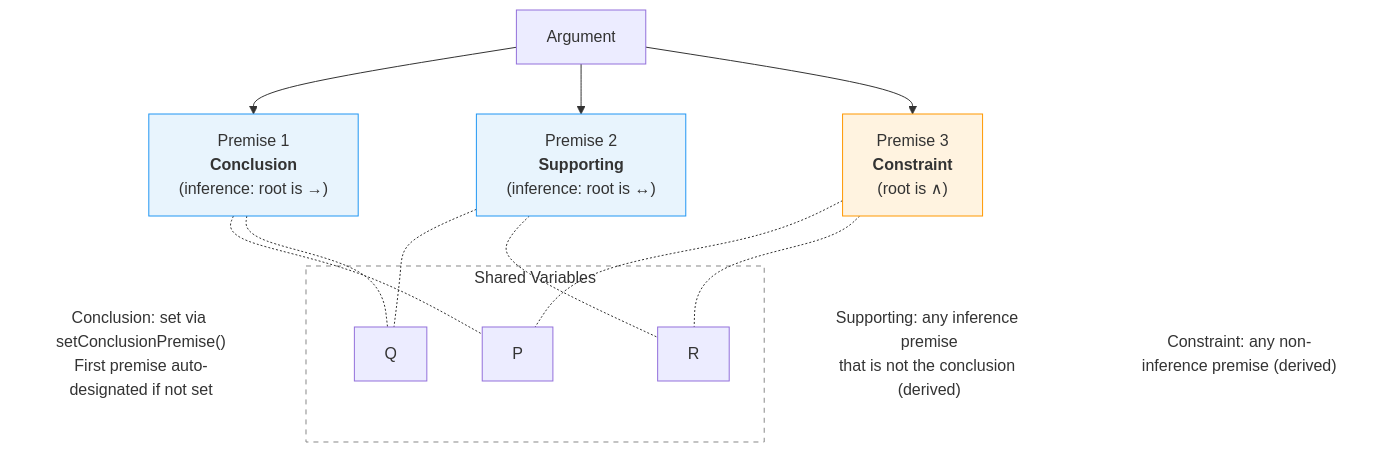
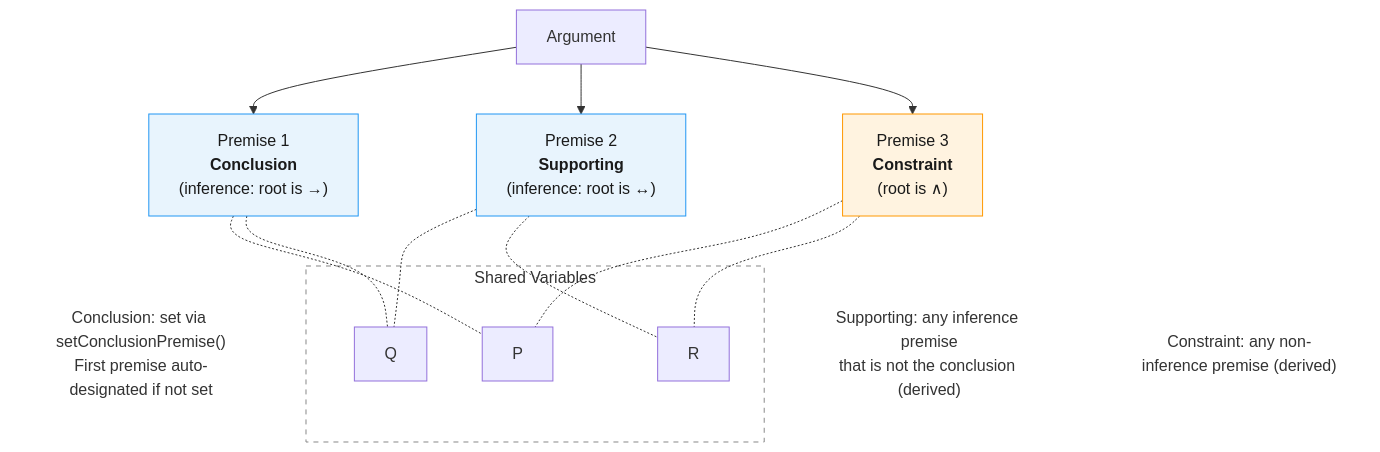
One commit to Proposit-App/proposit-core changed the third of 4 diagrams in README.md. Above: the diagram before and after it, drawn with Mermaid. The commit also changed other lines of this file, not shown here.

Commit message:
fix: add explicit text color to Mermaid flowchart nodes for dark-mode contrast

````diff
--- a/README.md
+++ b/README.md
@@ -127,37 +127,37 @@
 ```mermaid
 flowchart TD
     ARG["Argument"]
 
     ARG --> P1["Premise 1\n<b>Conclusion</b>\n(inference: root is →)"]
     ARG --> P2["Premise 2\n<b>Supporting</b>\n(inference: root is ↔)"]
     ARG --> P3["Premise 3\n<b>Constraint</b>\n(root is ∧)"]
 
     subgraph Shared["Shared Variables"]
         VP["P"]
         VQ["Q"]
         VR["R"]
     end
 
     P1 -.- VP
     P1 -.- VQ
     P2 -.- VQ
     P2 -.- VR
     P3 -.- VP
     P3 -.- VR
 
     note1["Conclusion: set via setConclusionPremise()\nFirst premise auto-designated if not set"]
     note2["Supporting: any inference premise\nthat is not the conclusion (derived)"]
     note3["Constraint: any non-inference premise (derived)"]
 
     P1 ~~~ note1
     P2 ~~~ note2
     P3 ~~~ note3
 
-    style P1 fill:#e8f4fd,stroke:#2196f3
-    style P2 fill:#e8f4fd,stroke:#2196f3
-    style P3 fill:#fff3e0,stroke:#ff9800
+    style P1 fill:#e8f4fd,stroke:#2196f3,color:#1a1a1a
+    style P2 fill:#e8f4fd,stroke:#2196f3,color:#1a1a1a
+    style P3 fill:#fff3e0,stroke:#ff9800,color:#1a1a1a
     style Shared fill:none,stroke:#888,stroke-dasharray: 5 5
     style note1 fill:none,stroke:none
     style note2 fill:none,stroke:none
     style note3 fill:none,stroke:none
 ```
````
